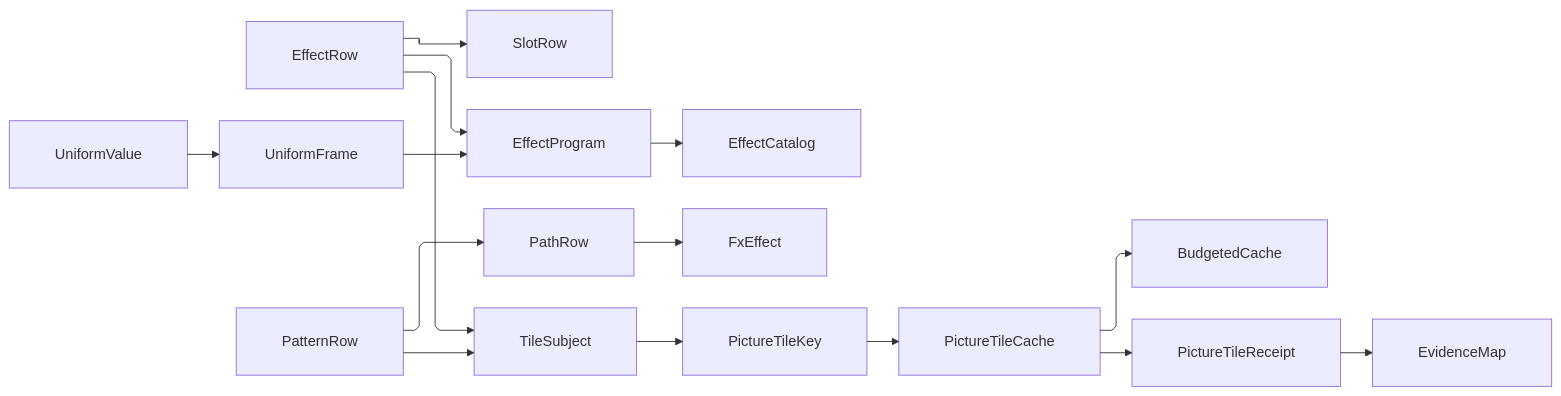
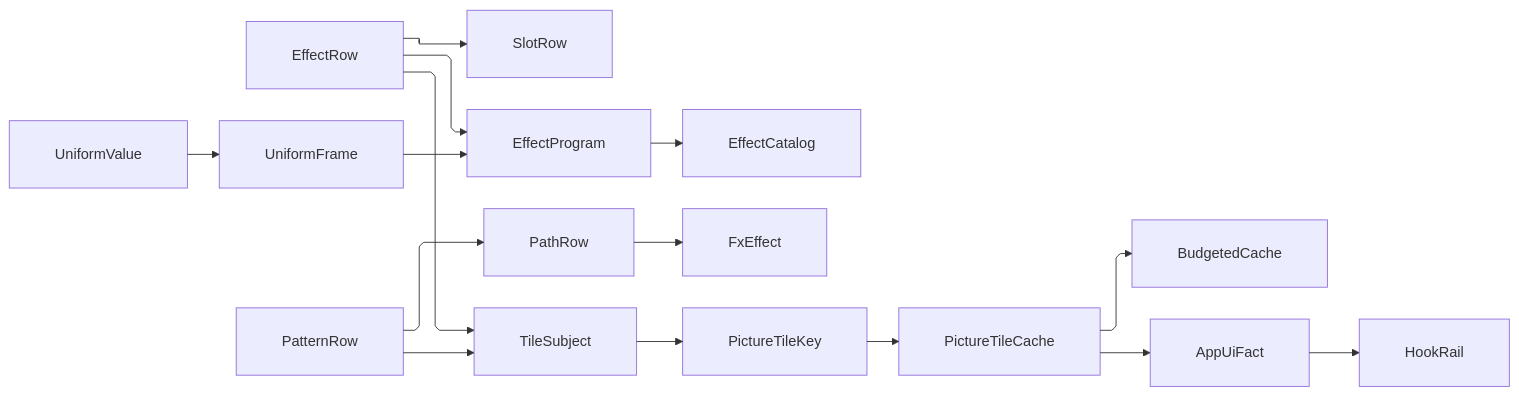
The diagram in libs/dotnet/Rasm.AppUi/.planning/Vfx/shader.md (bsamiee/Rasm), drawn with Mermaid before and after one commit. The commit also changed other lines of this file and 1417 other files, not shown here.

````diff
--- a/libs/dotnet/Rasm.AppUi/.planning/Vfx/shader.md
+++ b/libs/dotnet/Rasm.AppUi/.planning/Vfx/shader.md
@@ -589,26 +587,26 @@
 ```mermaid
 ---
 config:
   layout: elk
   flowchart:
     curve: linear
     padding: 25
 ---
 flowchart LR
-    accTitle: AppUi Vfx shader plane from closed roster to sealed tile receipt
-    accDescr: The closed SkSL roster compiling into the process catalog, the uniform frame binding through one slot vocabulary, the pattern roster seeding the path-effect family, and the tile cache composing the folder's budgeted cache into an evidence receipt.
+    accTitle: AppUi Vfx shader plane from closed roster to observed tile cache
+    accDescr: The closed SkSL roster compiles into the process catalog, the uniform frame binds through one slot vocabulary, the pattern roster seeds the path-effect family, and the tile cache publishes outcomes through the AppUi effect point.
     EffectRow --> SlotRow
     EffectRow --> EffectProgram
     EffectProgram --> EffectCatalog
     UniformFrame --> EffectProgram
     UniformValue --> UniformFrame
     PatternRow --> PathRow
     PathRow --> FxEffect
     PatternRow --> TileSubject
     EffectRow --> TileSubject
     TileSubject --> PictureTileKey
     PictureTileKey --> PictureTileCache
     PictureTileCache --> BudgetedCache
-    PictureTileCache --> PictureTileReceipt
-    PictureTileReceipt --> EvidenceMap
+    PictureTileCache --> AppUiFact
+    AppUiFact --> HookRail
 ```
````
